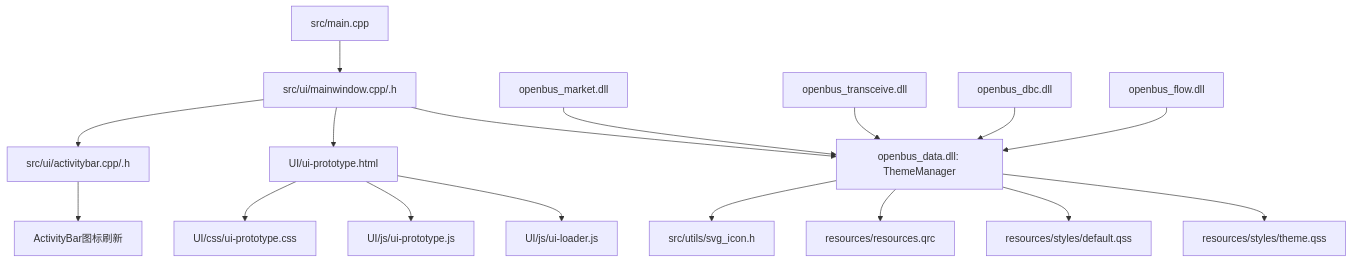
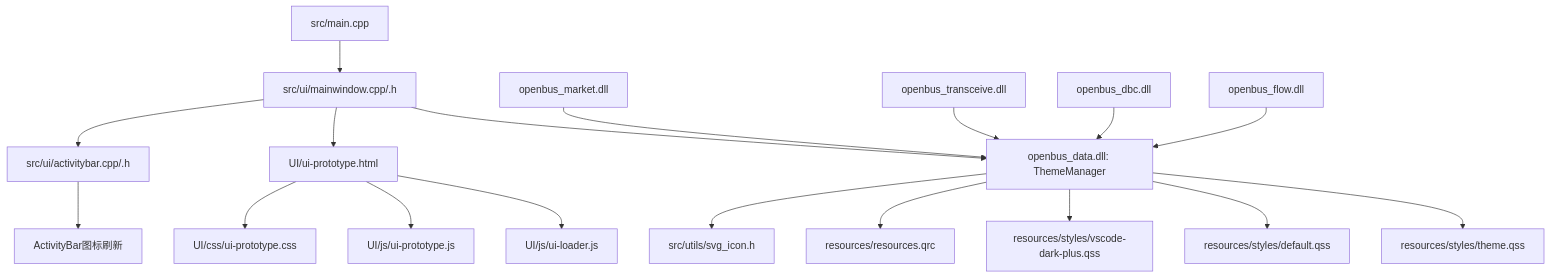
The first of 7 diagrams in .qoder/repowiki/zh/content/样式系统/主题管理系统.md (jakecai1225-design/OpenBus), drawn with Mermaid before and after one commit. The commit also changed other lines of this file and 151 other files, not shown here.

````diff
--- a/.qoder/repowiki/zh/content/样式系统/主题管理系统.md
+++ b/.qoder/repowiki/zh/content/样式系统/主题管理系统.md
@@ -60,19 +63,20 @@
 ```mermaid
 graph TB
 A["src/main.cpp"] --> B["src/ui/mainwindow.cpp/.h"]
 B --> C["openbus_data.dll: ThemeManager"]
 C --> D["resources/styles/theme.qss"]
 C --> E["resources/styles/default.qss"]
-C --> F["resources/resources.qrc"]
-B --> G["UI/ui-prototype.html"]
-G --> H["UI/js/ui-loader.js"]
-G --> I["UI/js/ui-prototype.js"]
-G --> J["UI/css/ui-prototype.css"]
-C --> K["src/utils/svg_icon.h"]
-B --> L["src/ui/activitybar.cpp/.h"]
-L --> M["ActivityBar图标刷新"]
-N["openbus_market.dll"] --> C
-O["openbus_transceive.dll"] --> C
-P["openbus_dbc.dll"] --> C
-Q["openbus_flow.dll"] --> C
+C --> F["resources/styles/vscode-dark-plus.qss"]
+C --> G["resources/resources.qrc"]
+B --> H["UI/ui-prototype.html"]
+H --> I["UI/js/ui-loader.js"]
+H --> J["UI/js/ui-prototype.js"]
+H --> K["UI/css/ui-prototype.css"]
+C --> L["src/utils/svg_icon.h"]
+B --> M["src/ui/activitybar.cpp/.h"]
+M --> N["ActivityBar图标刷新"]
+O["openbus_market.dll"] --> C
+P["openbus_transceive.dll"] --> C
+Q["openbus_dbc.dll"] --> C
+R["openbus_flow.dll"] --> C
 ```
````
